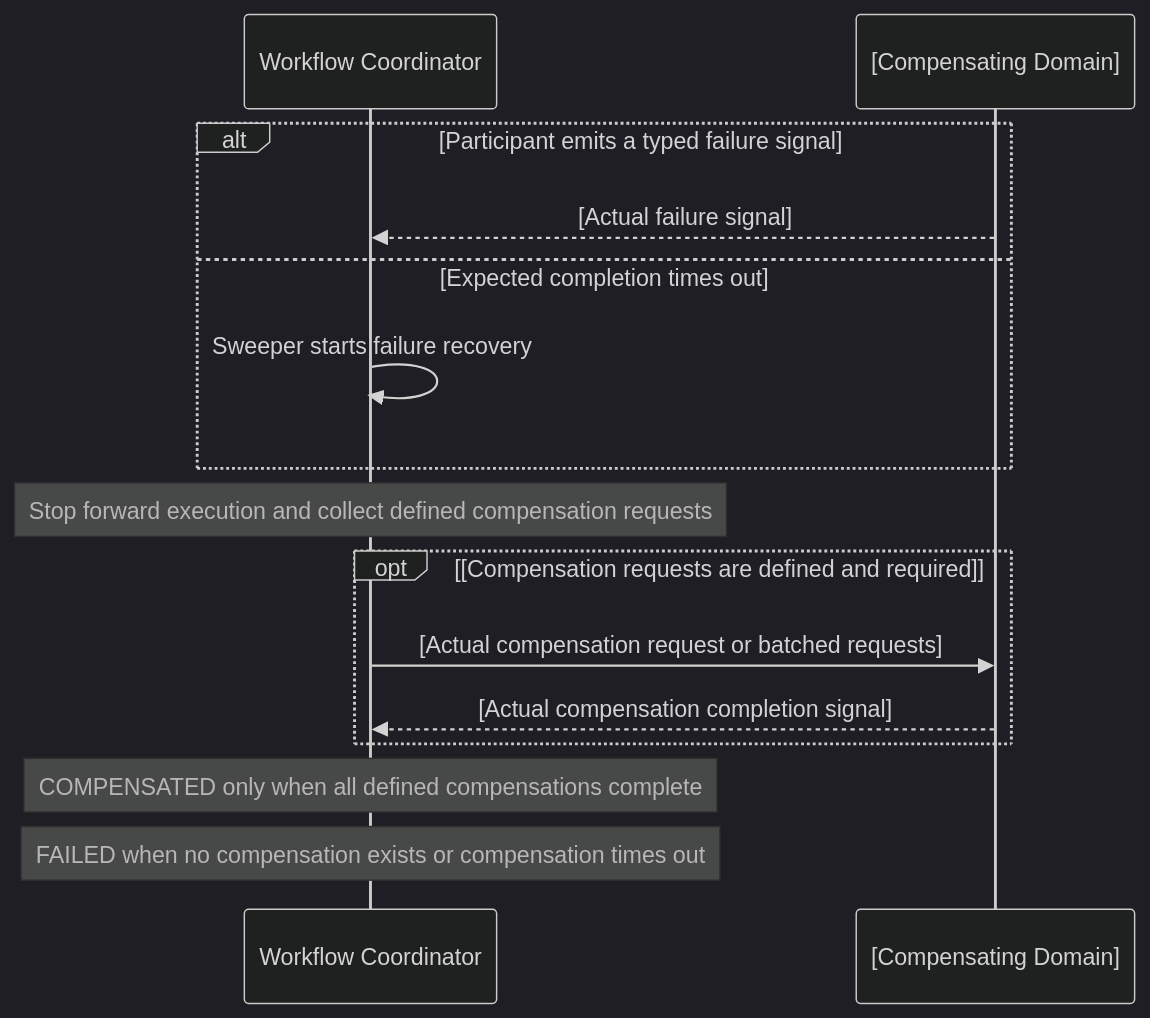
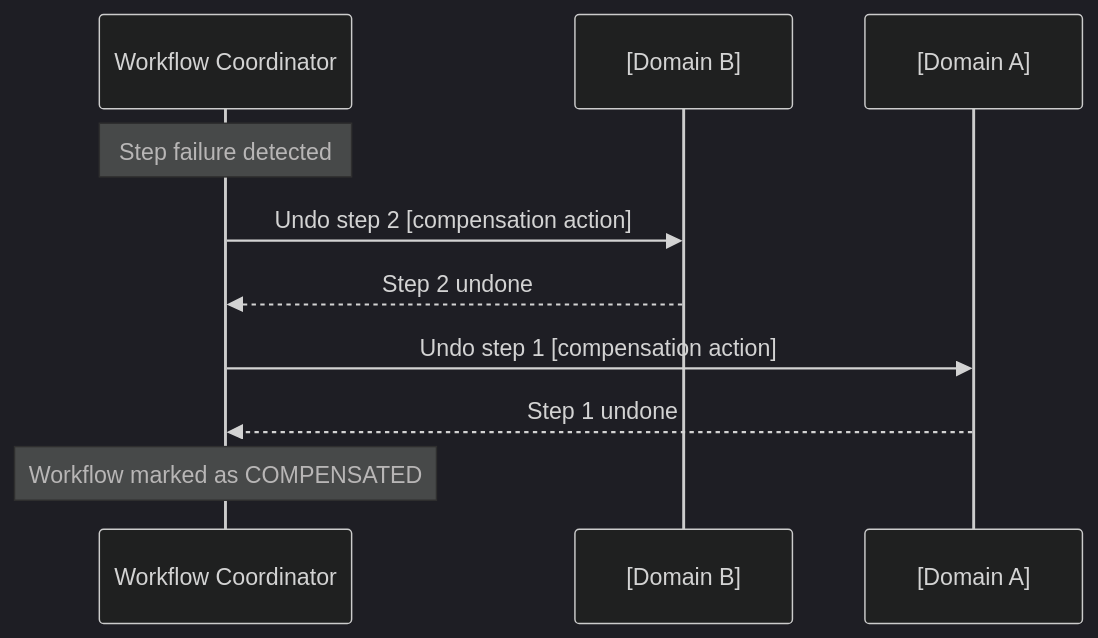
One commit to khinemyaezin/grab changed the second of 2 diagrams in docs/templates/workflow-spec-template.md. Above: the diagram before and after it, drawn with Mermaid (dark theme). The commit also changed other lines of this file and 5 other files, not shown here.

````diff
--- a/docs/templates/workflow-spec-template.md
+++ b/docs/templates/workflow-spec-template.md
@@ -119,18 +103,13 @@
 ```mermaid
 sequenceDiagram
     participant Workflow as Workflow Coordinator
-    participant Domain as [Compensating Domain]
+    participant B as [Domain B]
+    participant A as [Domain A]
 
-    alt Participant emits a typed failure signal
-        Domain-->>Workflow: [Actual failure signal]
-    else Expected completion times out
-        Workflow->>Workflow: Sweeper starts failure recovery
-    end
-    Note over Workflow: Stop forward execution and collect defined compensation requests
-    opt [Compensation requests are defined and required]
-        Workflow->>Domain: [Actual compensation request or batched requests]
-        Domain-->>Workflow: [Actual compensation completion signal]
-    end
-    Note over Workflow: COMPENSATED only when all defined compensations complete
-    Note over Workflow: FAILED when no compensation exists or compensation times out
+    Note over Workflow: Step failure detected
+    Workflow->>B: Undo step 2 [compensation action]
+    B-->>Workflow: Step 2 undone
+    Workflow->>A: Undo step 1 [compensation action]
+    A-->>Workflow: Step 1 undone
+    Note over Workflow: Workflow marked as COMPENSATED
 ```
````
